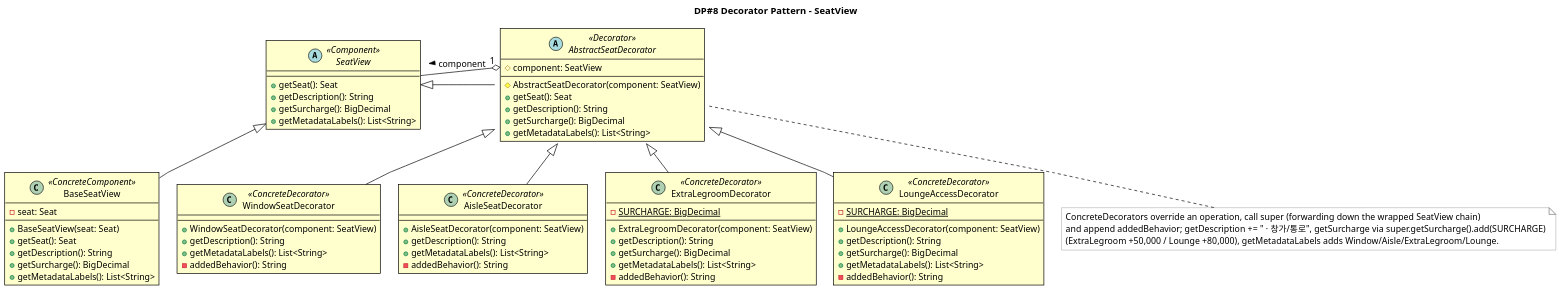
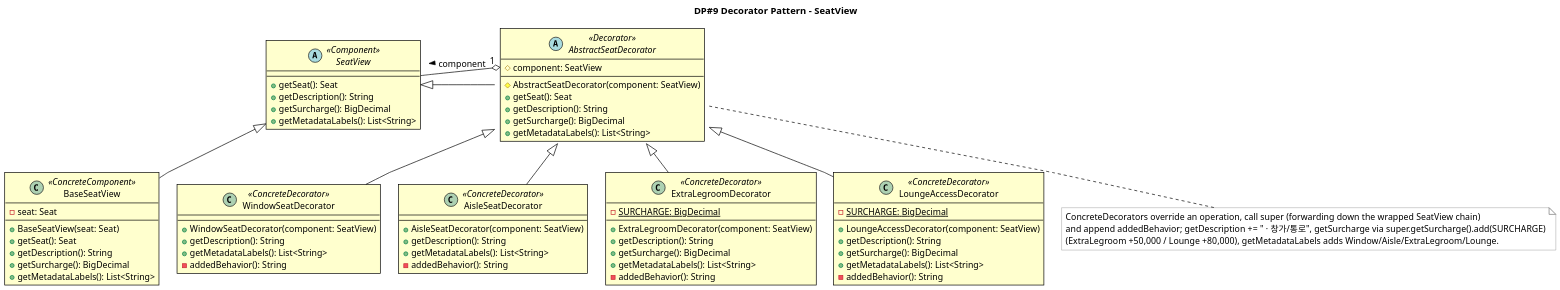
Before and after one commit to gimjungwook/KoreanAirReservationDomain: the diagram in docs/diagrams/iter4-puml/en/dp8-decorator.puml, drawn with PlantUML. The commit also changed 75 other files, not shown here.

First line of the commit message:
발표 덱·다이어그램·코드 정비 (iter4)

```diff
--- a/docs/diagrams/iter4-puml/en/dp8-decorator.puml
+++ b/docs/diagrams/iter4-puml/en/dp8-decorator.puml
@@ -1,100 +1,100 @@
 @startuml dp8-decorator
 skinparam backgroundColor #FFFFFF
 skinparam shadowing false
 skinparam roundcorner 0
 skinparam linetype polyline
 skinparam nodesep 26
 skinparam ranksep 42
 skinparam defaultFontName "Helvetica Neue"
 skinparam defaultFontSize 13
 skinparam dpi 150
 skinparam class {
   BackgroundColor #FFFFCE
   BorderColor #000000
   BorderThickness 1
   ArrowColor #000000
   ArrowThickness 1
   FontColor #000000
   FontName "Helvetica Neue"
   AttributeFontColor #000000
   AttributeFontName "Helvetica Neue"
   StereotypeFontColor #000000
 }
 skinparam note {
   BackgroundColor #FFFFFF
   BorderColor #777777
   FontColor #000000
 }
 
-title DP#8 Decorator Pattern - SeatView
+title DP#9 Decorator Pattern - SeatView
 abstract class SeatView <<Component>> {
   +getSeat(): Seat
   +getDescription(): String
   +getSurcharge(): BigDecimal
   +getMetadataLabels(): List<String>
 }
 class BaseSeatView <<ConcreteComponent>> {
   -seat: Seat
   --
   +BaseSeatView(seat: Seat)
   +getSeat(): Seat
   +getDescription(): String
   +getSurcharge(): BigDecimal
   +getMetadataLabels(): List<String>
 }
 abstract class AbstractSeatDecorator <<Decorator>> {
   #component: SeatView
   --
   #AbstractSeatDecorator(component: SeatView)
   +getSeat(): Seat
   +getDescription(): String
   +getSurcharge(): BigDecimal
   +getMetadataLabels(): List<String>
 }
 class WindowSeatDecorator <<ConcreteDecorator>> {
   +WindowSeatDecorator(component: SeatView)
   +getDescription(): String
   +getMetadataLabels(): List<String>
   -addedBehavior(): String
 }
 class AisleSeatDecorator <<ConcreteDecorator>> {
   +AisleSeatDecorator(component: SeatView)
   +getDescription(): String
   +getMetadataLabels(): List<String>
   -addedBehavior(): String
 }
 class ExtraLegroomDecorator <<ConcreteDecorator>> {
   -SURCHARGE: BigDecimal {static}
   --
   +ExtraLegroomDecorator(component: SeatView)
   +getDescription(): String
   +getSurcharge(): BigDecimal
   +getMetadataLabels(): List<String>
   -addedBehavior(): String
 }
 class LoungeAccessDecorator <<ConcreteDecorator>> {
   -SURCHARGE: BigDecimal {static}
   --
   +LoungeAccessDecorator(component: SeatView)
   +getDescription(): String
   +getSurcharge(): BigDecimal
   +getMetadataLabels(): List<String>
   -addedBehavior(): String
 }
 ' Inheritance edges stay vertical (Component on top, ConcreteComponent + Decorator
 ' below, the 4 ConcreteDecorators fanned beneath the abstract Decorator).
 SeatView <|-- BaseSeatView
 SeatView <|-- AbstractSeatDecorator
 AbstractSeatDecorator <|-- WindowSeatDecorator
 AbstractSeatDecorator <|-- AisleSeatDecorator
 AbstractSeatDecorator <|-- ExtraLegroomDecorator
 AbstractSeatDecorator <|-- LoungeAccessDecorator
 
 ' Decorator-wraps-Component aggregation: AbstractSeatDecorator HAS-A one SeatView
 ' (the protected final #component field). Anchored from the component field across to
 ' SeatView's left side so the diamond edge stays clear of the vertical inheritance
 ' triangle that joins the same two boxes; multiplicity reads 1 wrapped Component.
 AbstractSeatDecorator::component "1" o-left- SeatView : component >
 
 note bottom of AbstractSeatDecorator : ConcreteDecorators override an operation, call super (forwarding down the wrapped SeatView chain)\nand append addedBehavior; getDescription += " · 창가/통로", getSurcharge via super.getSurcharge().add(SURCHARGE)\n(ExtraLegroom +50,000 / Lounge +80,000), getMetadataLabels adds Window/Aisle/ExtraLegroom/Lounge.
 @enduml
```
